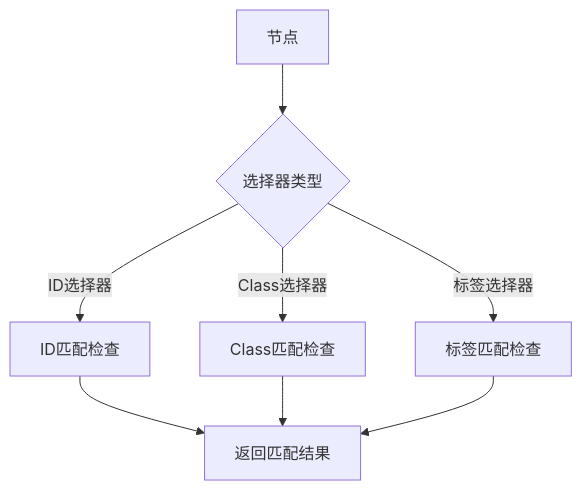
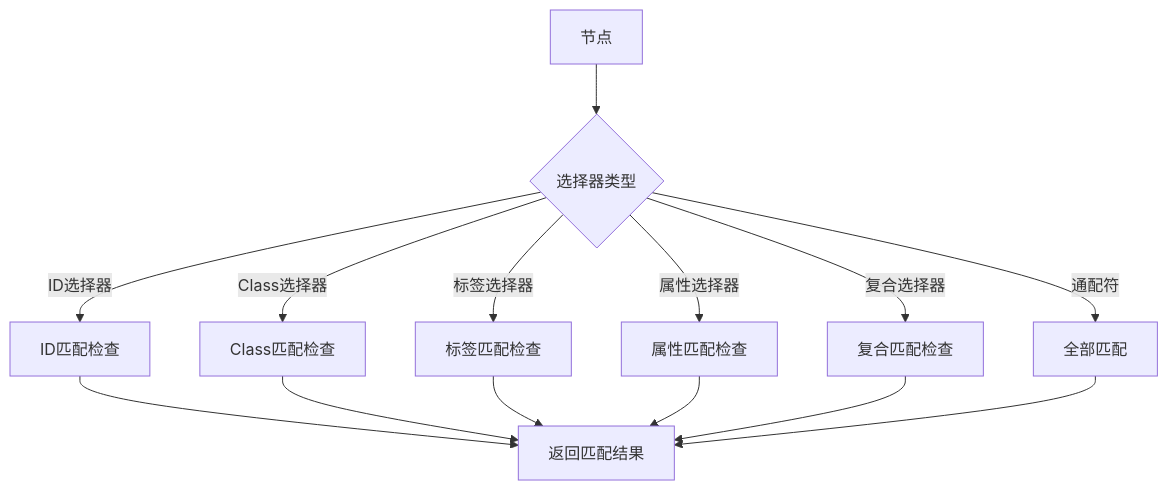
Before and after one commit to itszzl-sudo/iris: the ninth of 20 diagrams in .qoder/repowiki/zh/content/技术架构详解/布局样式系统/iris-layout布局引擎/iris-layout布局引擎.md, drawn with Mermaid. The commit also changed other lines of this file and 8 other files, not shown here.

````diff
--- a/.qoder/repowiki/zh/content/技术架构详解/布局样式系统/iris-layout布局引擎/iris-layout布局引擎.md
+++ b/.qoder/repowiki/zh/content/技术架构详解/布局样式系统/iris-layout布局引擎/iris-layout布局引擎.md
@@ -387,10 +403,16 @@
 ```mermaid
 flowchart TD
 A[节点] --> B{选择器类型}
 B --> |ID选择器| C[ID匹配检查]
 B --> |Class选择器| D[Class匹配检查]
 B --> |标签选择器| E[标签匹配检查]
-C --> F[返回匹配结果]
-D --> F
-E --> F
+B --> |属性选择器| F[属性匹配检查]
+B --> |复合选择器| G[复合匹配检查]
+B --> |通配符| H[全部匹配]
+C --> I[返回匹配结果]
+D --> I
+E --> I
+F --> I
+G --> I
+H --> I
 ```
````
